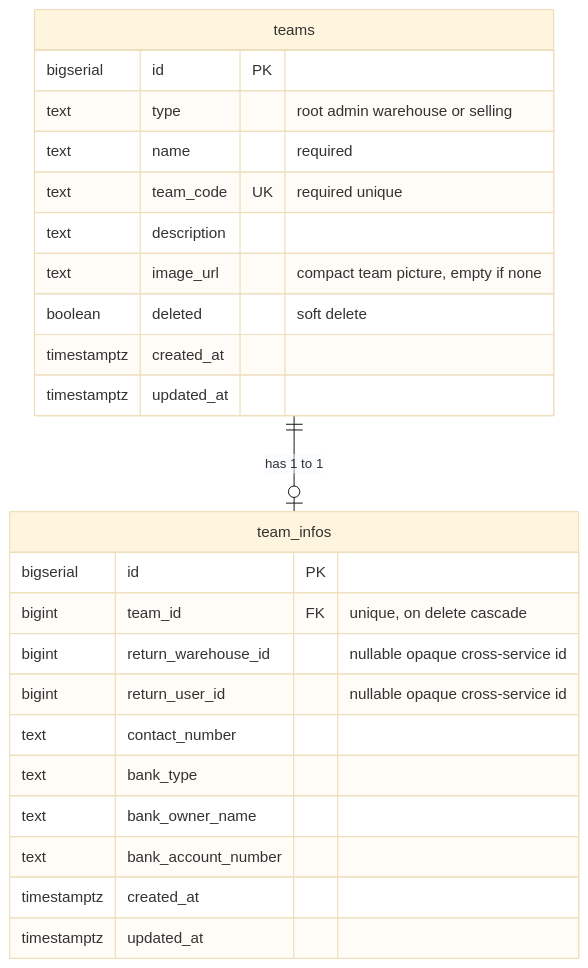
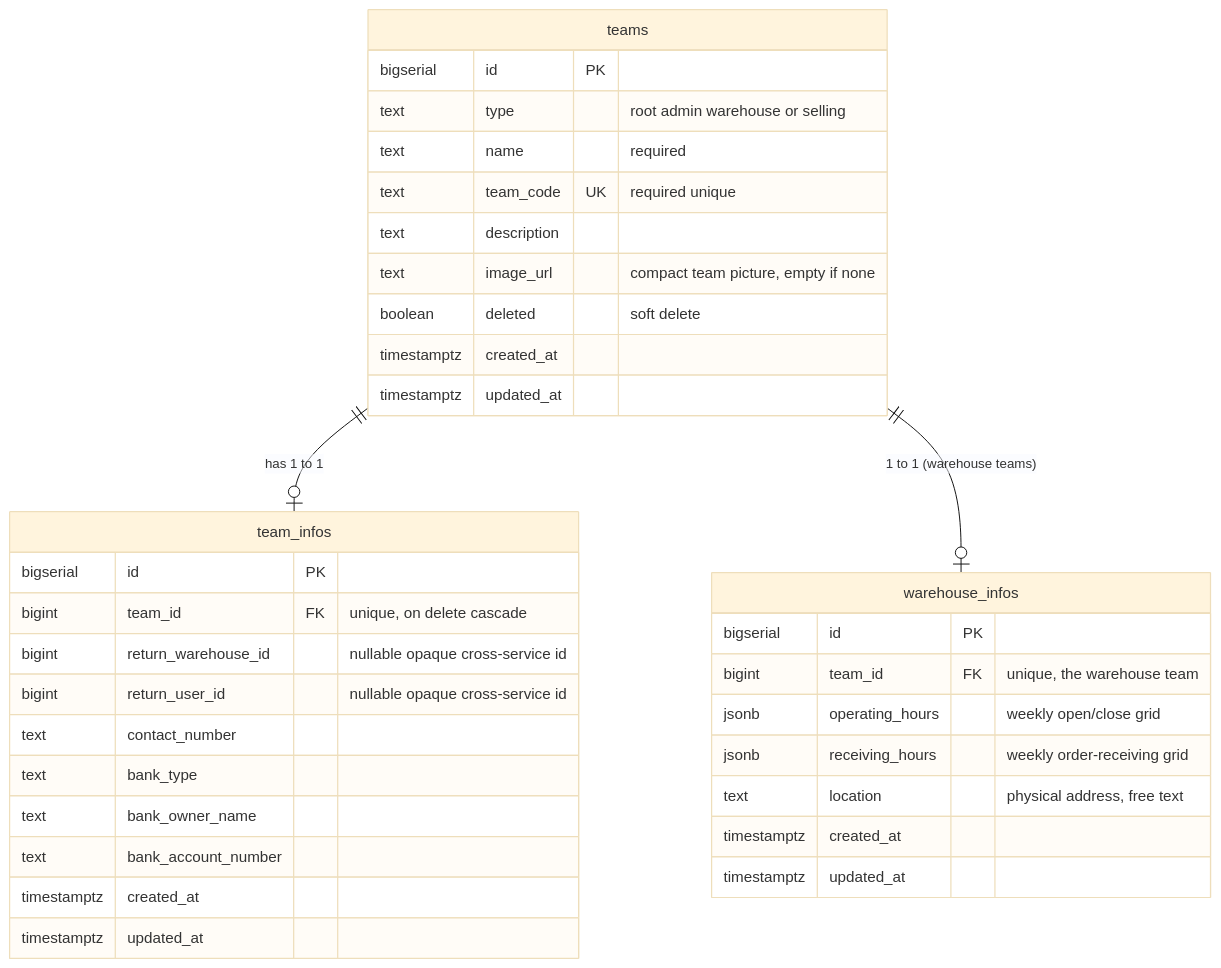
The first of 8 diagrams in docs/database-schema.md (pdcgo/warehouse_revamp), drawn with Mermaid (base theme) before and after one commit. The commit also changed other lines of this file and 9 other files, not shown here.

First line of the commit message:
#39 Warehouse: add an editable location; hours editing verified

````diff
--- a/docs/database-schema.md
+++ b/docs/database-schema.md
@@ -18,29 +18,40 @@
 ```mermaid
 erDiagram
     teams ||--o| team_infos : "has 1 to 1"
+    teams ||--o| warehouse_infos : "1 to 1 (warehouse teams)"
 
     teams {
         bigserial   id          PK
         text        type        "root admin warehouse or selling"
         text        name        "required"
         text        team_code   UK "required unique"
         text        description
         text        image_url   "compact team picture, empty if none"
         boolean     deleted     "soft delete"
         timestamptz created_at
         timestamptz updated_at
     }
 
     team_infos {
         bigserial   id                  PK
         bigint      team_id             FK "unique, on delete cascade"
         bigint      return_warehouse_id "nullable opaque cross-service id"
         bigint      return_user_id      "nullable opaque cross-service id"
         text        contact_number
         text        bank_type
         text        bank_owner_name
         text        bank_account_number
         timestamptz created_at
         timestamptz updated_at
     }
+
+    warehouse_infos {
+        bigserial   id              PK
+        bigint      team_id         FK "unique, the warehouse team"
+        jsonb       operating_hours "weekly open/close grid"
+        jsonb       receiving_hours "weekly order-receiving grid"
+        text        location        "physical address, free text"
+        timestamptz created_at
+        timestamptz updated_at
+    }
 ```
````
